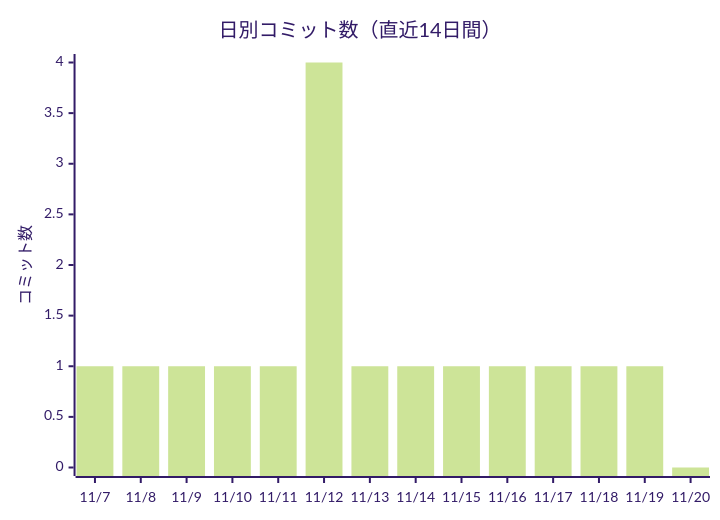
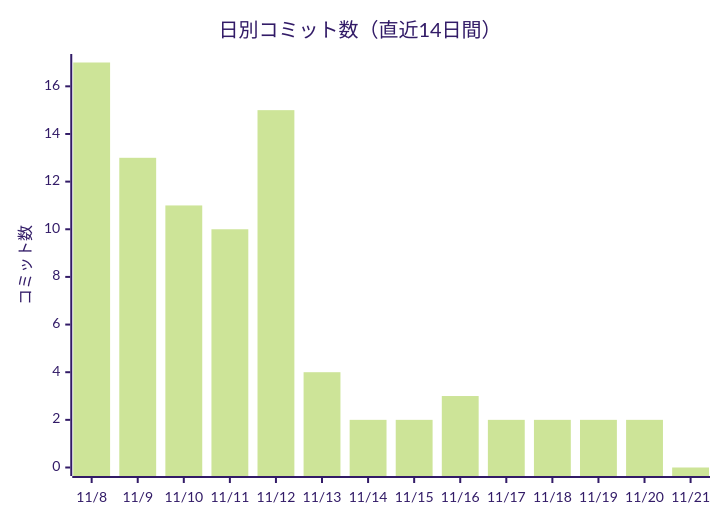
The first of 2 diagrams in docs/進化レポート.md (non-x2/non-x2), drawn with Mermaid (forest theme) before and after one commit. The commit also changed other lines of this file and 1 other file, not shown here.

````diff
--- a/docs/進化レポート.md
+++ b/docs/進化レポート.md
@@ -25,7 +25,7 @@
 ```mermaid
 xychart-beta
     title "日別コミット数（直近14日間）"
-    x-axis ["11/7", "11/8", "11/9", "11/10", "11/11", "11/12", "11/13", "11/14", "11/15", "11/16", "11/17", "11/18", "11/19", "11/20"]
+    x-axis ["11/8", "11/9", "11/10", "11/11", "11/12", "11/13", "11/14", "11/15", "11/16", "11/17", "11/18", "11/19", "11/20", "11/21"]
     y-axis "コミット数"
-    bar [1, 1, 1, 1, 1, 4, 1, 1, 1, 1, 1, 1, 1, 0]
+    bar [17, 13, 11, 10, 15, 4, 2, 2, 3, 2, 2, 2, 2, 0]
 ```
````
